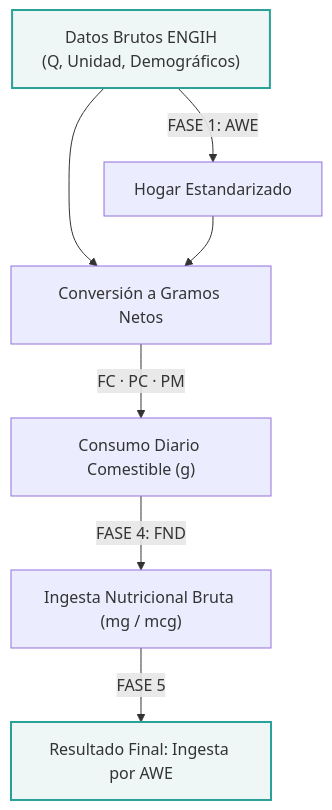
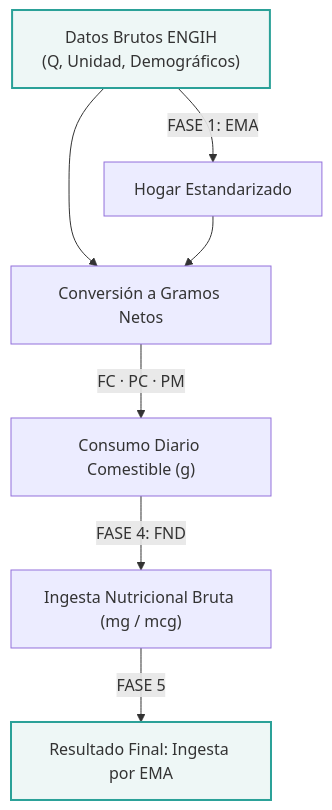
Before and after one commit to maicel1978/fortificacion: the diagram in contenido/actividades/tema05/modulo24.qmd, drawn with Mermaid. The commit also changed other lines of this file and 2 other files, not shown here.

Commit message:
Fix: modelo Groq deprecado + unificacion terminologica EMA (modulos 10 y 24)

````diff
--- a/contenido/actividades/tema05/modulo24.qmd
+++ b/contenido/actividades/tema05/modulo24.qmd
@@ -48,19 +48,19 @@
 ```{mermaid}
 flowchart TD
     A["Datos Brutos ENGIH\n(Q, Unidad, Demográficos)"]
     B["Hogar Estandarizado"]
     C["Conversión a Gramos Netos"]
     D["Consumo Diario Comestible (g)"]
     E["Ingesta Nutricional Bruta (mg / mcg)"]
-    F["Resultado Final: Ingesta por AWE"]
+    F["Resultado Final: Ingesta por EMA"]
 
-    A -->|FASE 1: AWE| B
+    A -->|FASE 1: EMA| B
     A --> C
     B --> C
     C -->|FC · PC · PM| D
     D -->|FASE 4: FND| E
     E -->|FASE 5| F
 
     style A fill:#eef7f6,stroke:#2aa198,stroke-width:2px
     style F fill:#eef7f6,stroke:#2aa198,stroke-width:2px
 ```
````
